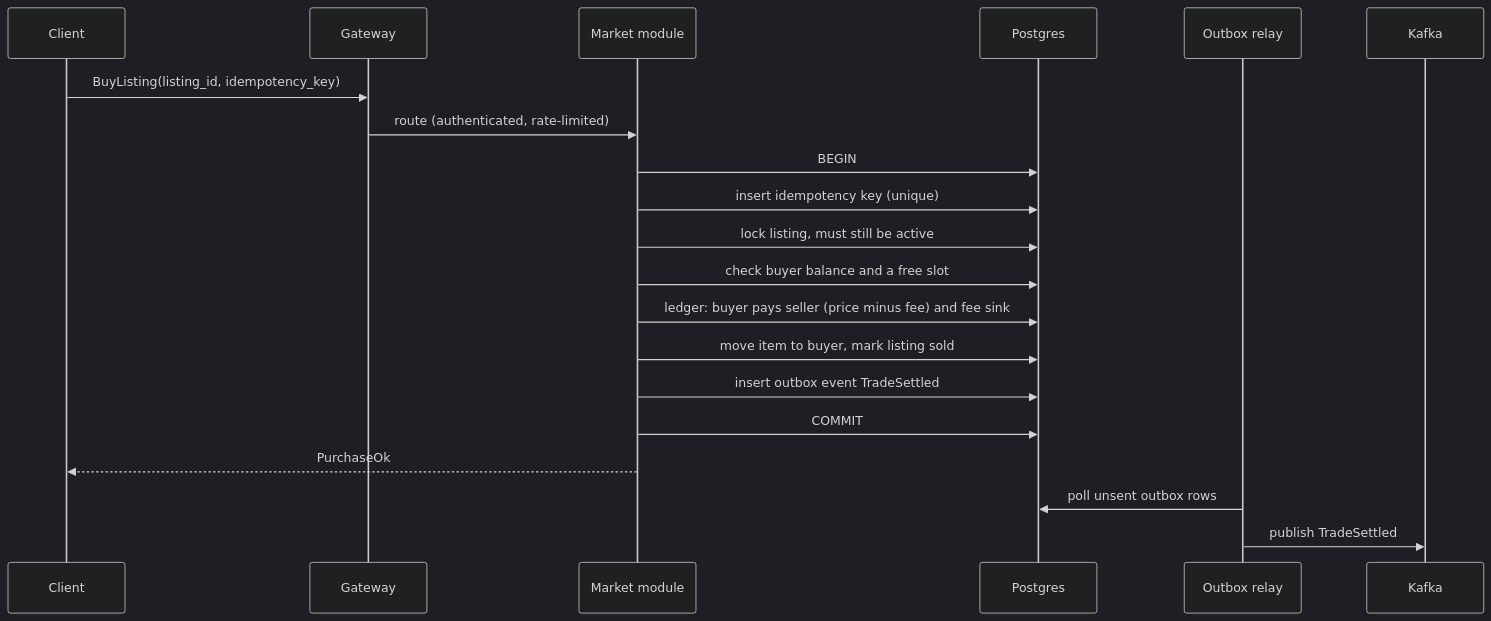
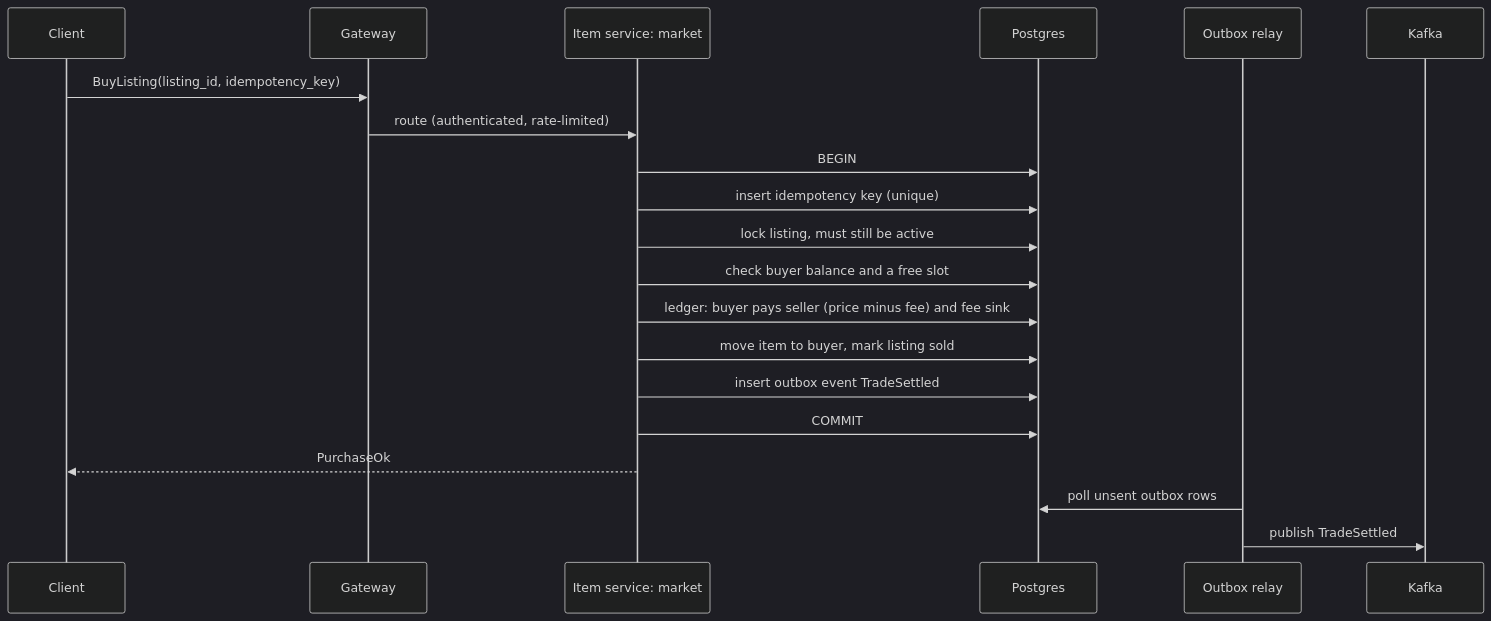
Before and after one commit to zranitm/finga: the second of 2 diagrams in docs/tech/high-level-design.md, drawn with Mermaid (dark theme). The commit also changed other lines of this file and 18 other files, not shown here.

````diff
--- a/docs/tech/high-level-design.md
+++ b/docs/tech/high-level-design.md
@@ -137,22 +138,22 @@
 ```mermaid
 sequenceDiagram
   participant C as Client
   participant G as Gateway
-  participant M as Market module
+  participant M as Item service: market
   participant DB as Postgres
   participant R as Outbox relay
   participant K as Kafka
   C->>G: BuyListing(listing_id, idempotency_key)
   G->>M: route (authenticated, rate-limited)
   M->>DB: BEGIN
   M->>DB: insert idempotency key (unique)
   M->>DB: lock listing, must still be active
   M->>DB: check buyer balance and a free slot
   M->>DB: ledger: buyer pays seller (price minus fee) and fee sink
   M->>DB: move item to buyer, mark listing sold
   M->>DB: insert outbox event TradeSettled
   M->>DB: COMMIT
   M-->>C: PurchaseOk
   R->>DB: poll unsent outbox rows
   R->>K: publish TradeSettled
 ```
````
